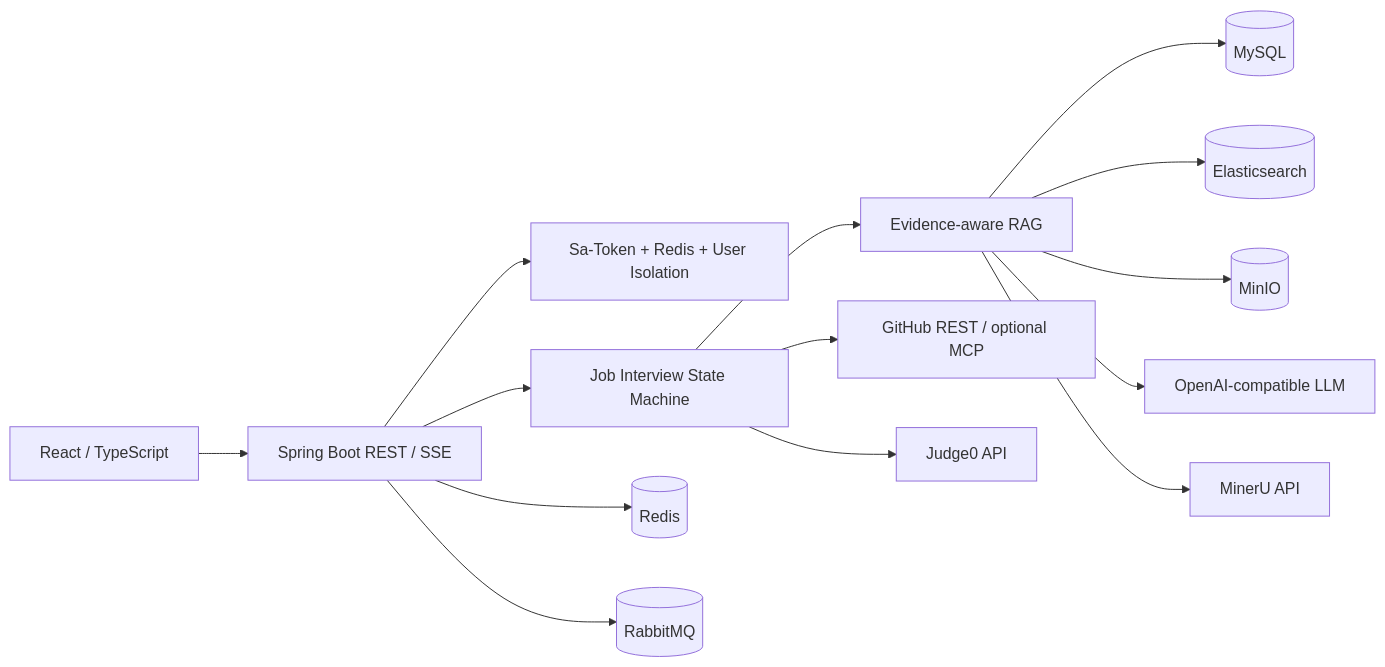
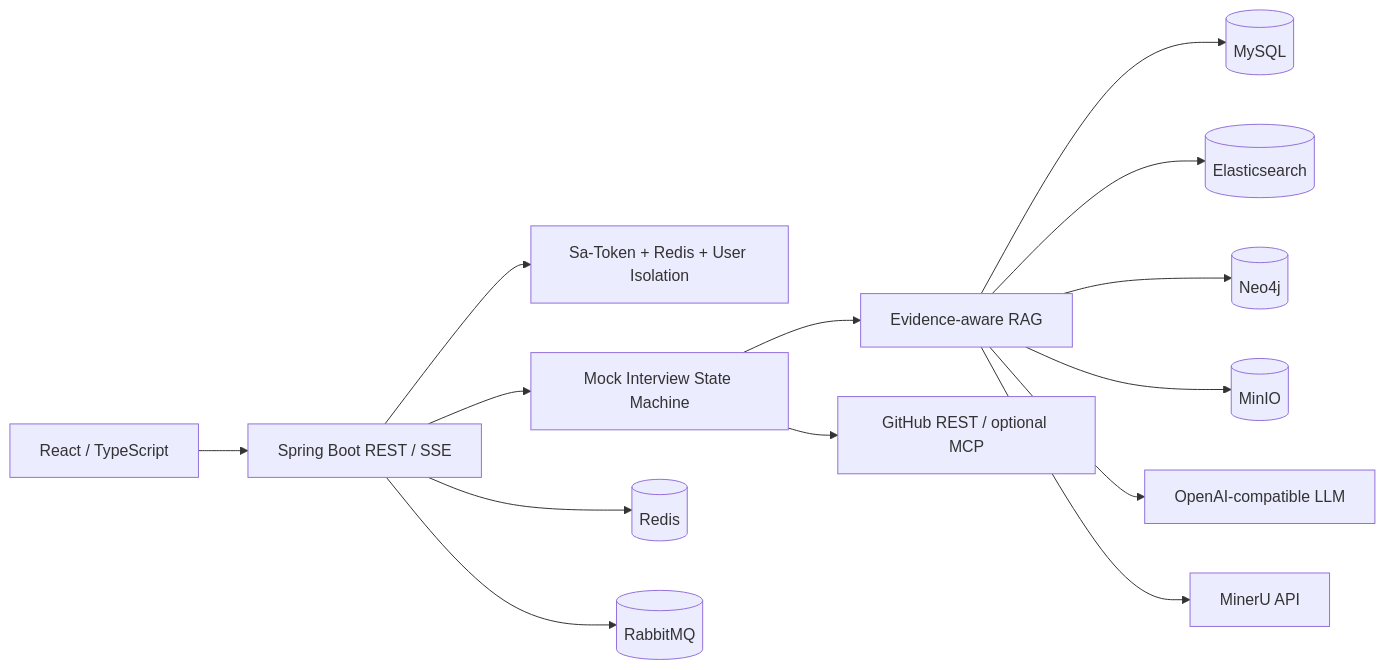
One commit to zhanglinrun/ai-interview changed the diagram in README.md. Above: the diagram before and after it, drawn with Mermaid. The commit also changed other lines of this file and 487 other files, not shown here.

````diff
--- a/README.md
+++ b/README.md
@@ -37,16 +53,16 @@
 ```mermaid
 flowchart LR
   UI["React / TypeScript"] --> API["Spring Boot REST / SSE"]
   API --> Auth["Sa-Token + Redis + User Isolation"]
-  API --> Interview["Job Interview State Machine"]
+  API --> Interview["Mock Interview State Machine"]
   Interview --> RAG["Evidence-aware RAG"]
   RAG --> MySQL[(MySQL)]
   RAG --> ES[(Elasticsearch)]
+  RAG --> Neo4j[(Neo4j)]
   RAG --> MinIO[(MinIO)]
   API --> Redis[(Redis)]
   API --> MQ[(RabbitMQ)]
   RAG --> Model["OpenAI-compatible LLM"]
   RAG --> MinerU["MinerU API"]
   Interview --> GitHub["GitHub REST / optional MCP"]
-  Interview --> Judge0["Judge0 API"]
 ```
````
